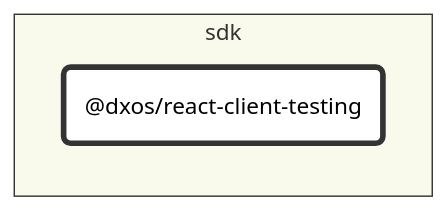
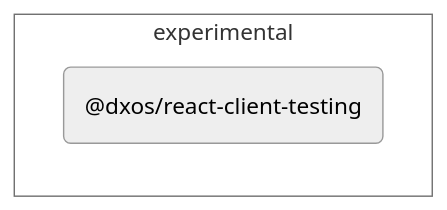
Before and after one commit to dxos/dxos: the diagram in packages/experimental/react-client-testing/docs/README.md, drawn with Mermaid (neutral theme). The commit also changed 126 other files, not shown here.

````diff
--- a/packages/experimental/react-client-testing/docs/README.md
+++ b/packages/experimental/react-client-testing/docs/README.md
@@ -7,20 +7,17 @@
 ```mermaid
 %%{ init: {'flowchart':{'curve':'basis'}} }%%
 
 flowchart LR
 
 %% Classes
-classDef def fill:#fff,stroke:#333,stroke-width:1px
-classDef root fill:#fff,stroke:#333,stroke-width:4px
+
+
 
 %% Nodes
 
-subgraph sdk [sdk]
-  style sdk fill:#f9faeb,stroke:#333
+subgraph experimental [experimental]
+  style experimental fill:transparent
   dxos/react-client-testing("@dxos/react-client-testing"):::root
-  click dxos/react-client-testing "dxos/dxos/tree/main/packages/sdk/react-client-testing/docs"
+  click dxos/react-client-testing "dxos/dxos/tree/main/packages/experimental/react-client-testing/docs"
 end
-
-%% Links
-linkStyle default stroke:#333,stroke-width:1px
 ```
````
